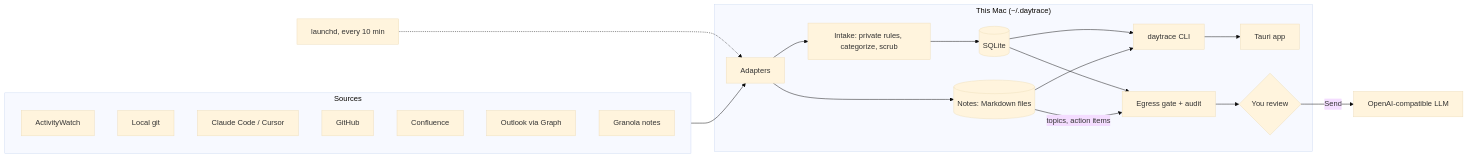
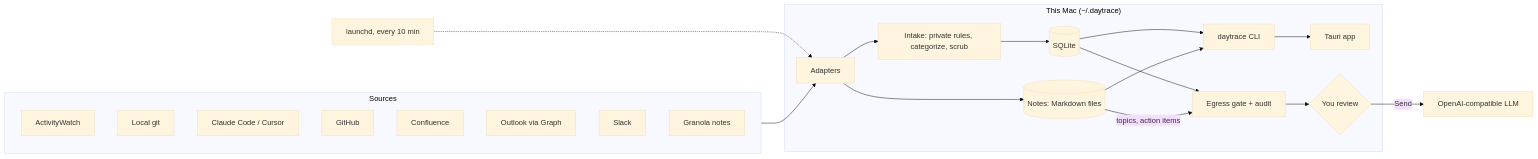
Before and after one commit to longshuicy/daytrace: the diagram in README.md, drawn with Mermaid (base theme). The commit also changed other lines of this file and 18 other files, not shown here.

````diff
--- a/README.md
+++ b/README.md
@@ -83,26 +85,27 @@
 ```mermaid
 flowchart LR
   subgraph Sources
     AW[ActivityWatch]
     GIT[Local git]
     CC[Claude Code / Cursor]
     GH[GitHub]
     CF[Confluence]
     OL[Outlook via Graph]
+    SL[Slack]
     GR[Granola notes]
   end
   subgraph Mac["This Mac (~/.daytrace)"]
     AD[Adapters] --> IN[Intake: private rules, categorize, scrub]
     IN --> DB[(SQLite)]
     AD --> NT[(Notes: Markdown files)]
     DB --> CLI[daytrace CLI]
     NT --> CLI
     CLI --> APP[Tauri app]
     DB --> EG[Egress gate + audit]
     NT -- topics, action items --> EG
     EG --> RV{You review}
   end
   Sources --> AD
   LD[launchd, every 10 min] -.-> AD
   RV -- Send --> LLM[OpenAI-compatible LLM]
 ```
````
